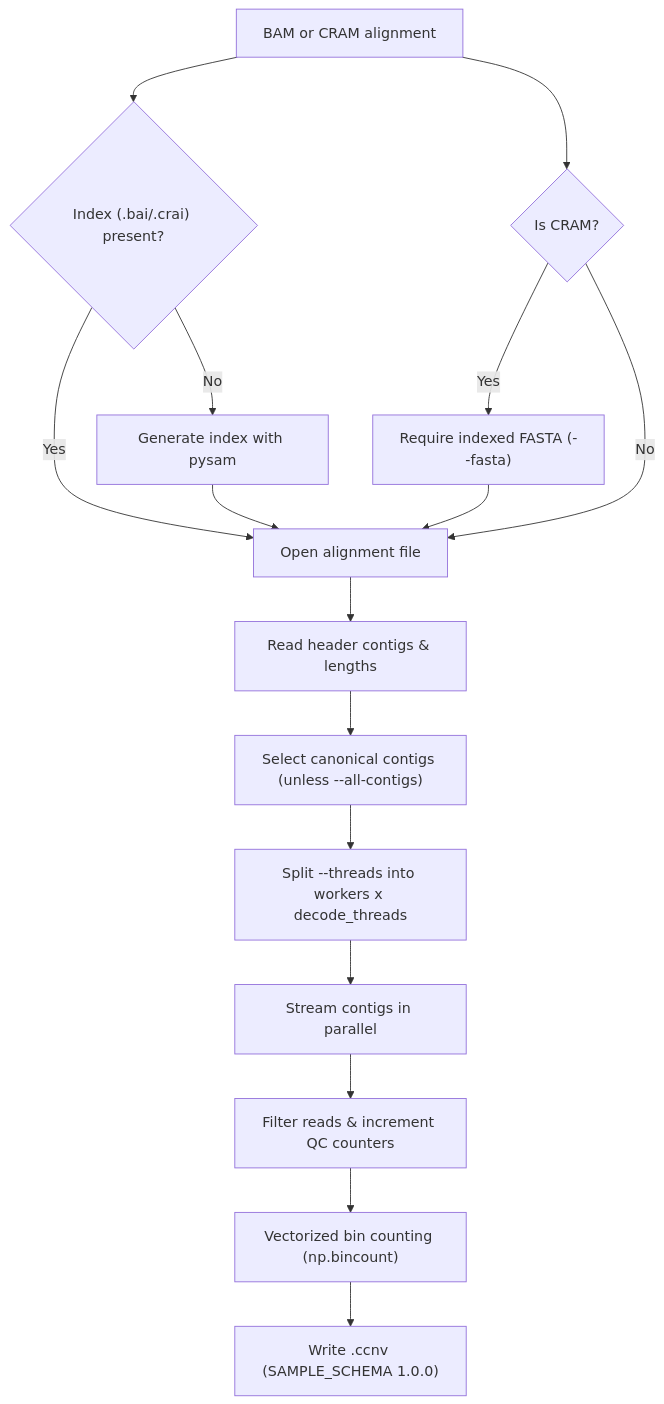
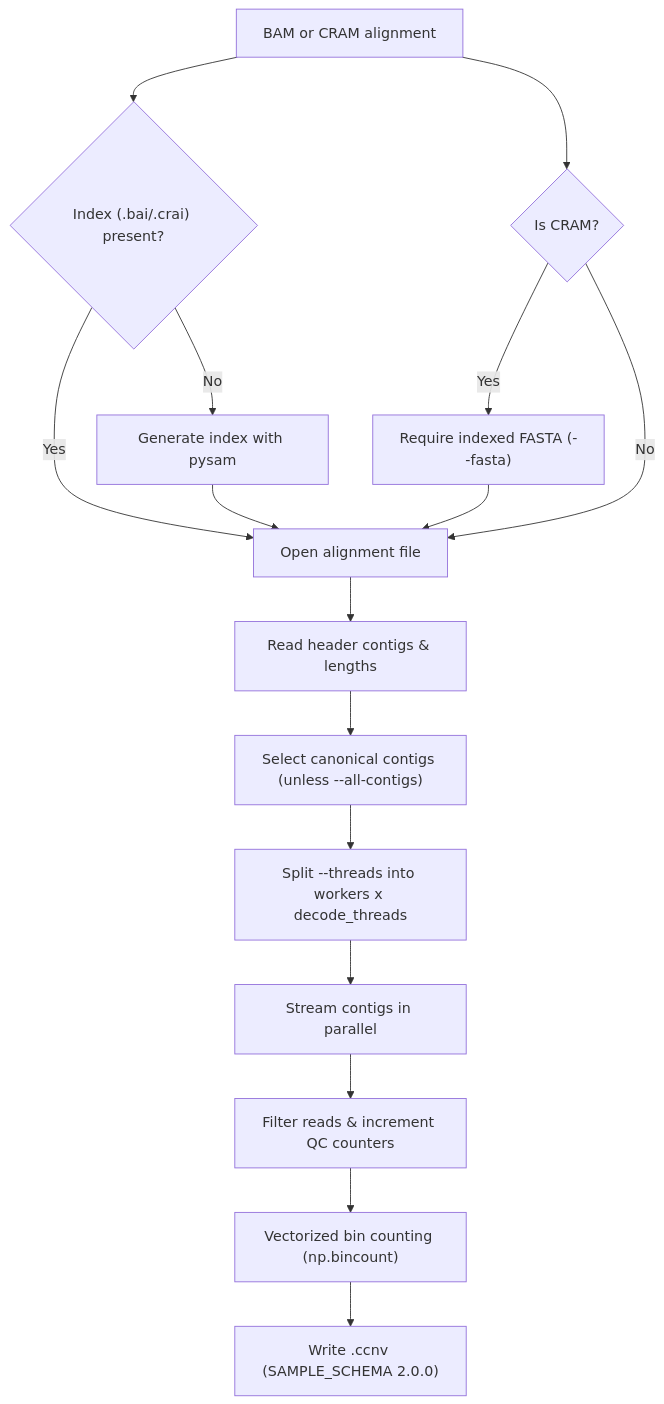
One commit to matthdsm/ccnv changed the second of 4 diagrams in docs/pipeline.md. Above: the diagram before and after it, drawn with Mermaid. The commit also changed other lines of this file and 99 other files, not shown here.

````diff
--- a/docs/pipeline.md
+++ b/docs/pipeline.md
@@ -28,18 +28,18 @@
 ```mermaid
 flowchart TD
     InAlign["BAM or CRAM alignment"] --> CheckIdx{"Index (.bai/.crai) present?"}
     CheckIdx -- No --> BuildIdx["Generate index with pysam"]
     CheckIdx -- Yes --> OpenAlign["Open alignment file"]
     BuildIdx --> OpenAlign
     InAlign --> CheckCRAM{"Is CRAM?"}
     CheckCRAM -- Yes --> CheckFai["Require indexed FASTA (--fasta)"]
     CheckFai --> OpenAlign
     CheckCRAM -- No --> OpenAlign
     OpenAlign --> ParseHeader["Read header contigs & lengths"]
     ParseHeader --> LayoutFilter["Select canonical contigs (unless --all-contigs)"]
     LayoutFilter --> Budget["Split --threads into workers x decode_threads"]
     Budget --> Stream["Stream contigs in parallel"]
     Stream --> Filter["Filter reads & increment QC counters"]
     Filter --> Binning["Vectorized bin counting (np.bincount)"]
-    Binning --> WriteParquet["Write <prefix>.ccnv (SAMPLE_SCHEMA 1.0.0)"]
+    Binning --> WriteParquet["Write <prefix>.ccnv (SAMPLE_SCHEMA 2.0.0)"]
 ```
````
